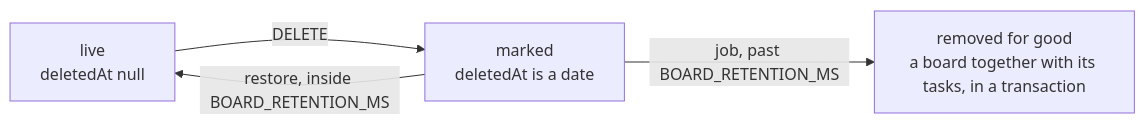
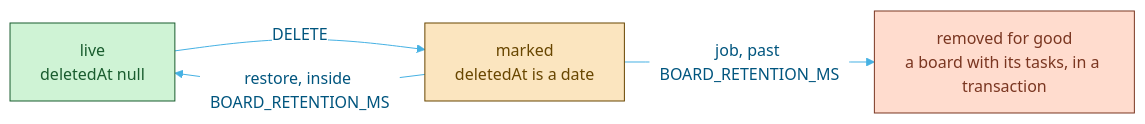
One commit to kfeuerschvenger/BreezyBoard changed the fifth of 6 diagrams in docs/ARCHITECTURE.md. Above: the diagram before and after it, drawn with Mermaid. The commit also changed other lines of this file and 6 other files, not shown here.

Commit message:
docs: split the deep docs into architecture, environment, testing, CI, API and roadmap

````diff
--- a/docs/ARCHITECTURE.md
+++ b/docs/ARCHITECTURE.md
@@ -187,6 +218,13 @@
 ```mermaid
+%%{init: {"theme": "base", "themeVariables": {"fontFamily": "Segoe UI, Helvetica, Arial, sans-serif", "primaryColor": "#cbeeff", "primaryBorderColor": "#00557e", "primaryTextColor": "#00557e", "lineColor": "#46b1e3", "textColor": "#2f7fa8", "edgeLabelBackground": "#ffffff"}}}%%
 flowchart LR
   Live["live<br/>deletedAt null"] -->|DELETE| Marked["marked<br/>deletedAt is a date"]
   Marked -->|"restore, inside BOARD_RETENTION_MS"| Live
-  Marked -->|"job, past BOARD_RETENTION_MS"| Gone["removed for good<br/>a board together with its tasks, in a transaction"]
+  Marked -->|"job, past BOARD_RETENTION_MS"| Gone["removed for good<br/>a board with its tasks, in a transaction"]
+  classDef green fill:#cff3d5,stroke:#195c2e,color:#195c2e
+  classDef sand fill:#fbe5bf,stroke:#684600,color:#684600
+  classDef coral fill:#ffdcce,stroke:#7a3621,color:#7a3621
+  class Live green
+  class Marked sand
+  class Gone coral
 ```
````
